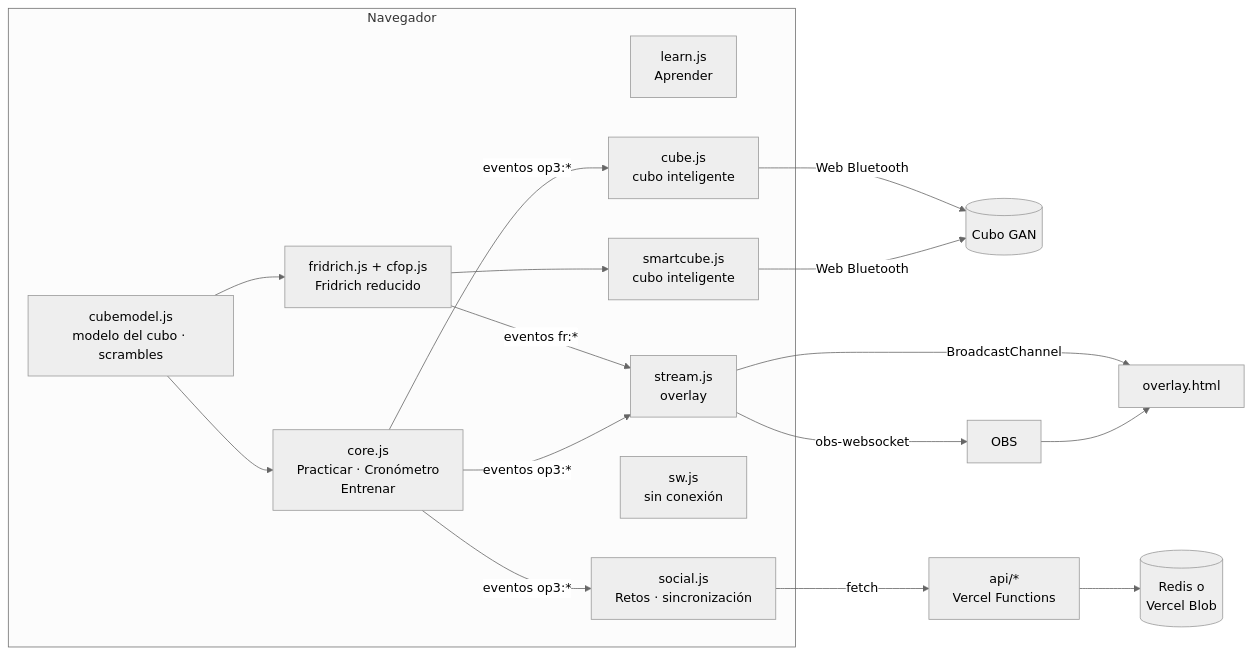
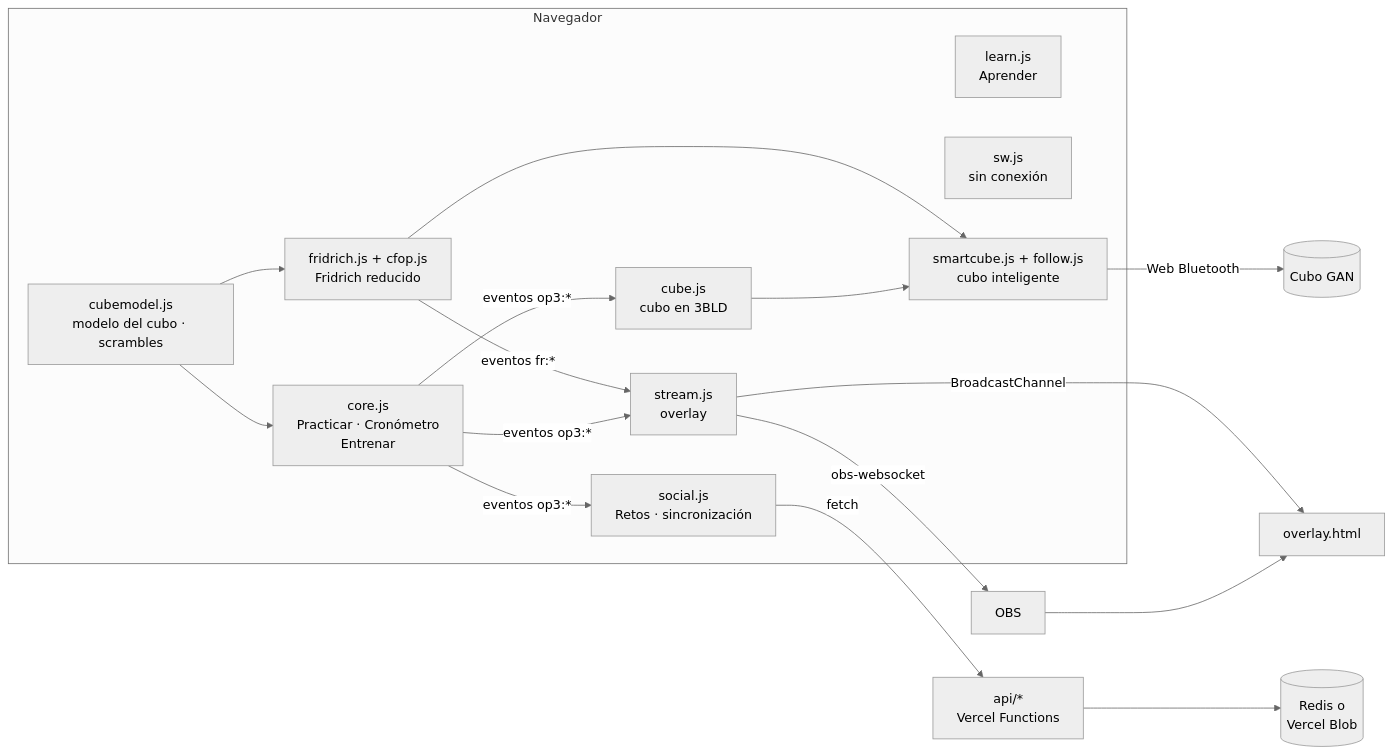
The diagram in README.md (acoidaan/old-pochmann-3bld), drawn with Mermaid (neutral theme) before and after one commit. The commit also changed other lines of this file and 8 other files, not shown here.

````diff
--- a/README.md
+++ b/README.md
@@ -298,31 +298,31 @@
 ```mermaid
 flowchart LR
   subgraph nav["Navegador"]
     model["cubemodel.js<br/>modelo del cubo · scrambles"]
     core["core.js<br/>Practicar · Cronómetro<br/>Entrenar"]
     learn["learn.js<br/>Aprender"]
     social["social.js<br/>Retos · sincronización"]
     stream["stream.js<br/>overlay"]
-    cube["cube.js<br/>cubo inteligente"]
+    cube["cube.js<br/>cubo en 3BLD"]
     sw["sw.js<br/>sin conexión"]
     fr["fridrich.js + cfop.js<br/>Fridrich reducido"]
-    sc["smartcube.js<br/>cubo inteligente"]
+    sc["smartcube.js + follow.js<br/>cubo inteligente"]
   end
   gan[("Cubo GAN")]
   ov["overlay.html"]
   obs["OBS"]
   api["api/*<br/>Vercel Functions"]
   blob[("Redis o<br/>Vercel Blob")]
   model --> core
   model --> fr
-  cube -- "Web Bluetooth" --> gan
   sc -- "Web Bluetooth" --> gan
   fr --> sc
+  cube --> sc
   fr -- "eventos fr:*" --> stream
   core -- "eventos op3:*" --> cube
   core -- "eventos op3:*" --> stream
   core -- "eventos op3:*" --> social
   stream -- "BroadcastChannel" --> ov
   stream -- "obs-websocket" --> obs --> ov
   social -- "fetch" --> api --> blob
 ```
````
